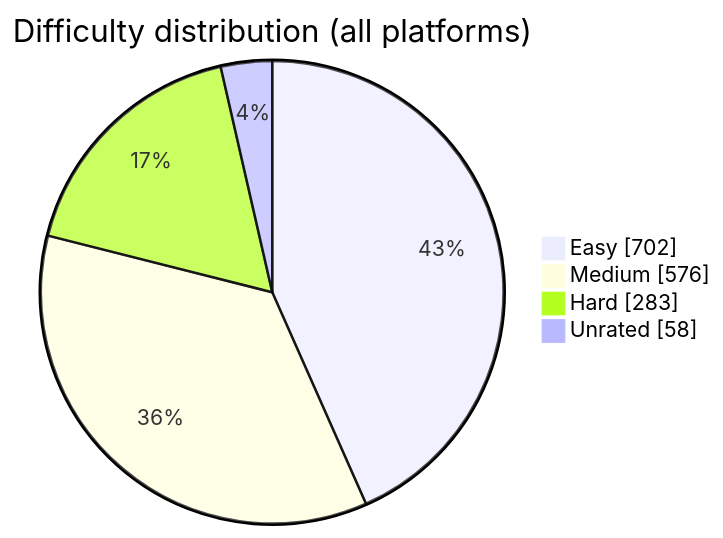
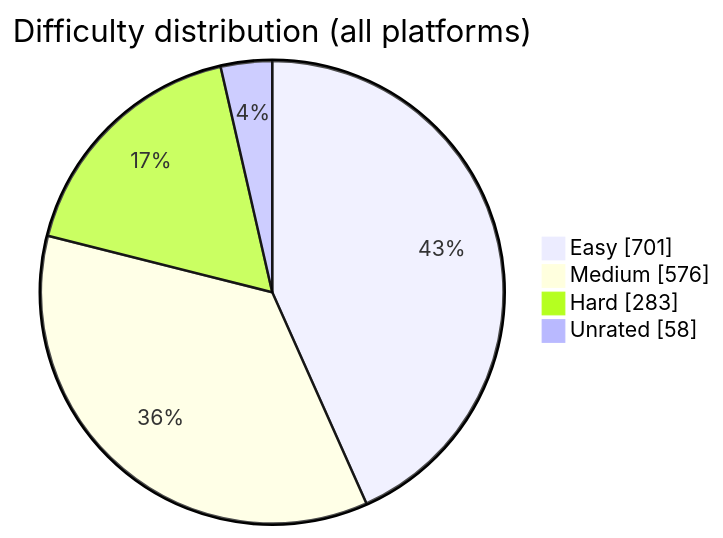
One commit to BuildbyArindam/Daily-Coding-Log changed the diagram in README.md. Above: the diagram before and after it, drawn with Mermaid. The commit also changed other lines of this file, not shown here.

````diff
--- a/README.md
+++ b/README.md
@@ -93,7 +93,7 @@
 ```mermaid
 pie showData title Difficulty distribution (all platforms)
-    "Easy" : 702
+    "Easy" : 701
     "Medium" : 576
     "Hard" : 283
     "Unrated" : 58
 ```
````
